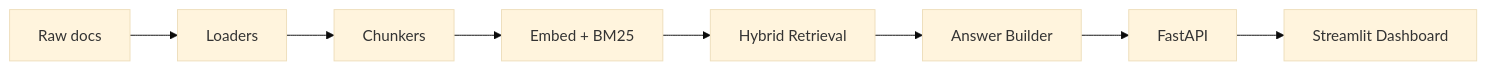
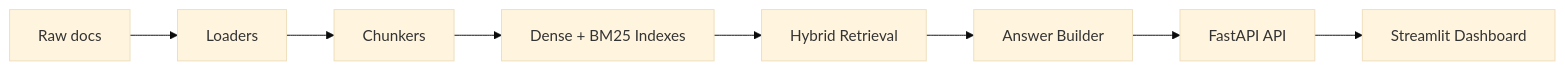
One commit to adityasingh0405/Biome changed the diagram in README.md. Above: the diagram before and after it, drawn with Mermaid (base theme). The commit also changed other lines of this file and 2 other files, not shown here.

````diff
--- a/README.md
+++ b/README.md
@@ -7,10 +17,10 @@
 ```mermaid
 flowchart LR
     A[Raw docs] --> B[Loaders]
     B --> C[Chunkers]
-    C --> D[Embed + BM25]
+    C --> D[Dense + BM25 Indexes]
     D --> E[Hybrid Retrieval]
     E --> F[Answer Builder]
-    F --> G[FastAPI]
+    F --> G[FastAPI API]
     G --> H[Streamlit Dashboard]
 ```
````
